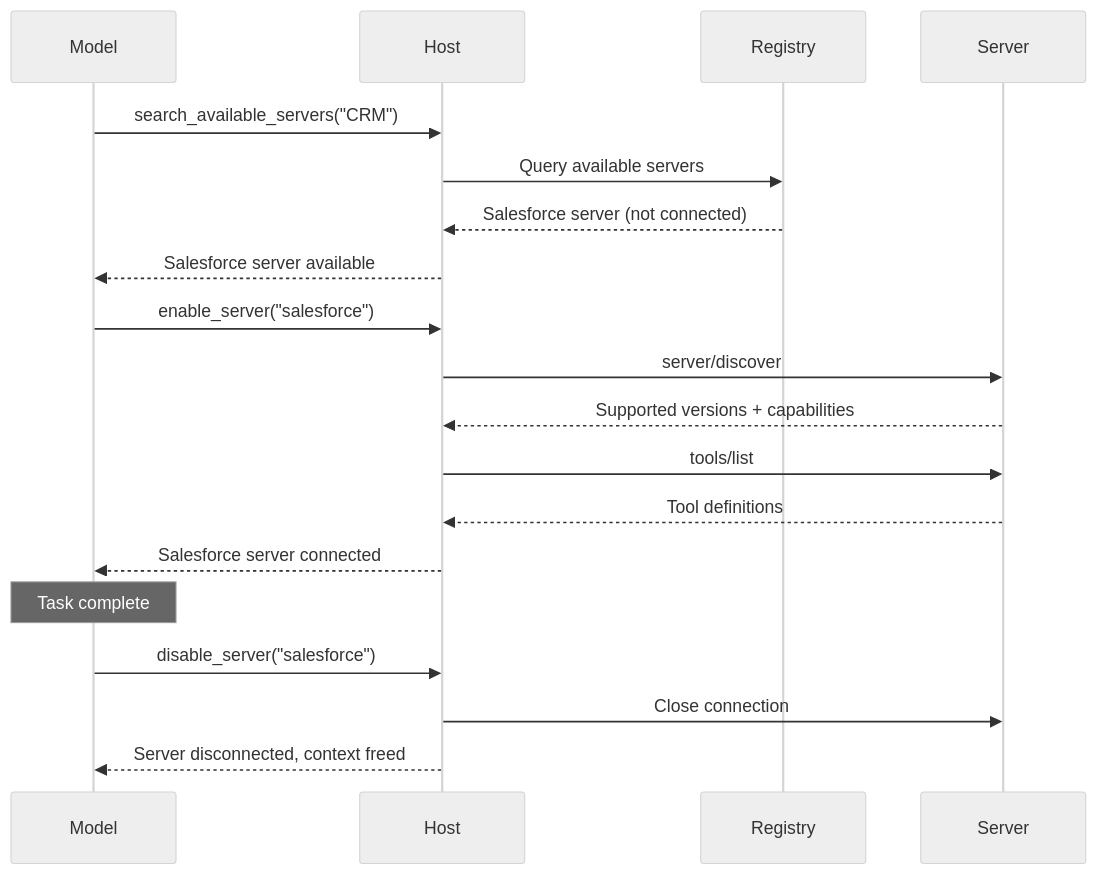
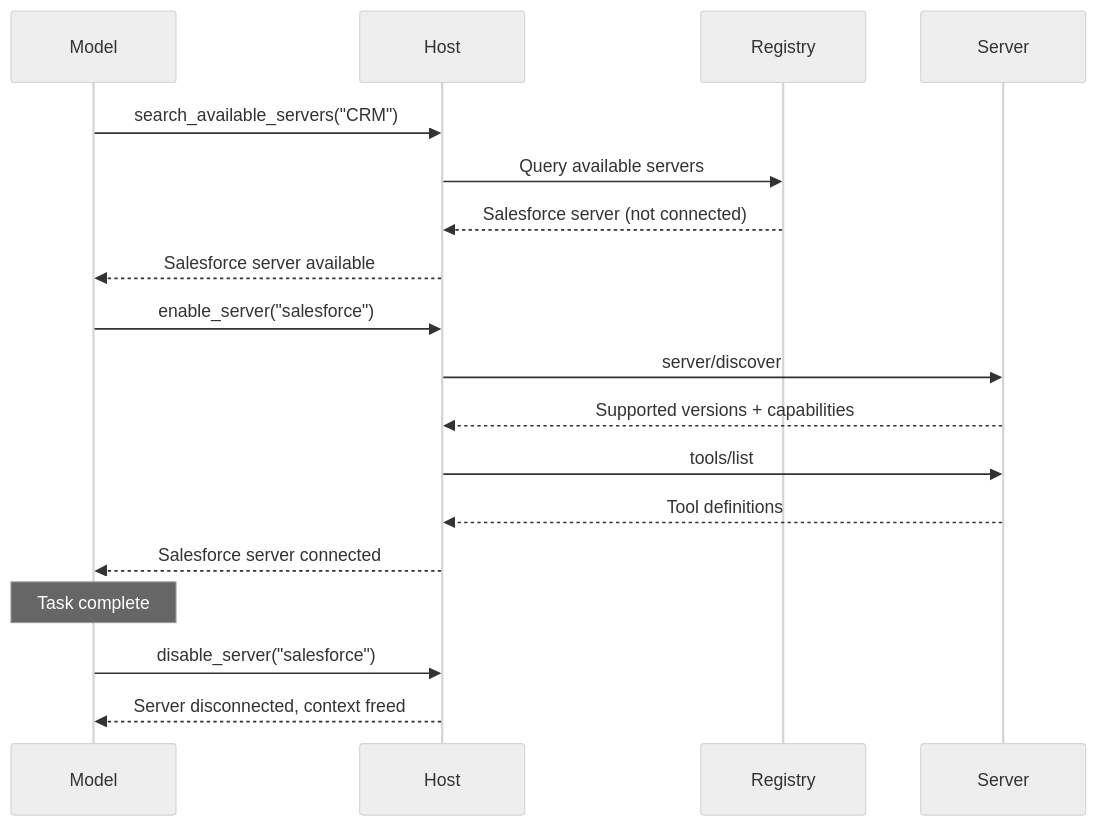
The first of 2 diagrams in docs/docs/draft/develop/clients/client-best-practices.mdx (enclawed/omcp), drawn with Mermaid (neutral theme) before and after one commit.

Commit message:
docs: drop the session close step from the client example

````diff
--- a/docs/docs/draft/develop/clients/client-best-practices.mdx
+++ b/docs/docs/draft/develop/clients/client-best-practices.mdx
@@ -105,25 +105,24 @@
 ```mermaid
 sequenceDiagram
     participant Model
     participant Host
     participant Registry
     participant Server
 
     Model->>Host: search_available_servers("CRM")
     Host->>Registry: Query available servers
     Registry-->>Host: Salesforce server (not connected)
     Host-->>Model: Salesforce server available
 
     Model->>Host: enable_server("salesforce")
     Host->>Server: server/discover
     Server-->>Host: Supported versions + capabilities
     Host->>Server: tools/list
     Server-->>Host: Tool definitions
     Host-->>Model: Salesforce server connected
 
     Note over Model: Task complete
 
     Model->>Host: disable_server("salesforce")
-    Host->>Server: Close connection
     Host-->>Model: Server disconnected, context freed
 ```
````
